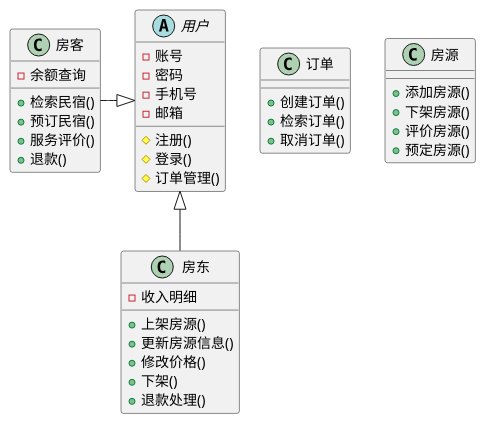
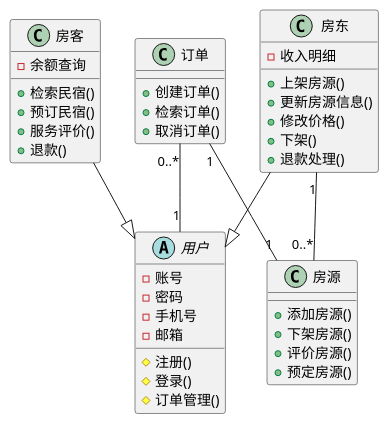
Before and after one commit to clysto/software-engineering: the diagram in 类图/类图.plantuml, drawn with PlantUML. The commit also changed 27 other files, not shown here.

```diff
--- a/类图/类图.plantuml
+++ b/类图/类图.plantuml
@@ -1,54 +1,58 @@
 @startuml 类图
 
 skinparam shadowing false
 
 abstract 用户{
 	- 账号
     - 密码
     - 手机号
     - 邮箱
 
 	# 注册()
     # 登录()
     # 订单管理()
 }
 
 class 房东 {
     - 收入明细
 
     + 上架房源()
     + 更新房源信息()
     + 修改价格()
     + 下架()
     + 退款处理()
 }
 
 class 房客 {
     - 余额查询
 
     + 检索民宿()
     + 预订民宿()
     + 服务评价()
     + 退款()
 }
 
 class 订单 {
     + 创建订单()
     + 检索订单()
     + 取消订单()
 }
 
 class 房源 {
     + 添加房源()
     + 下架房源()
     + 评价房源()
     + 预定房源()
 }
 
-房东 -up-|> 用户
-房客 -right-|> 用户
+房东 --|> 用户
+房东 "1" -- "0..*" 房源
+房客 --|> 用户
+订单 "0..*" -- "1" 用户
+订单 "1" -- "1" 房源
+
 
 
 
 
 @enduml
```
